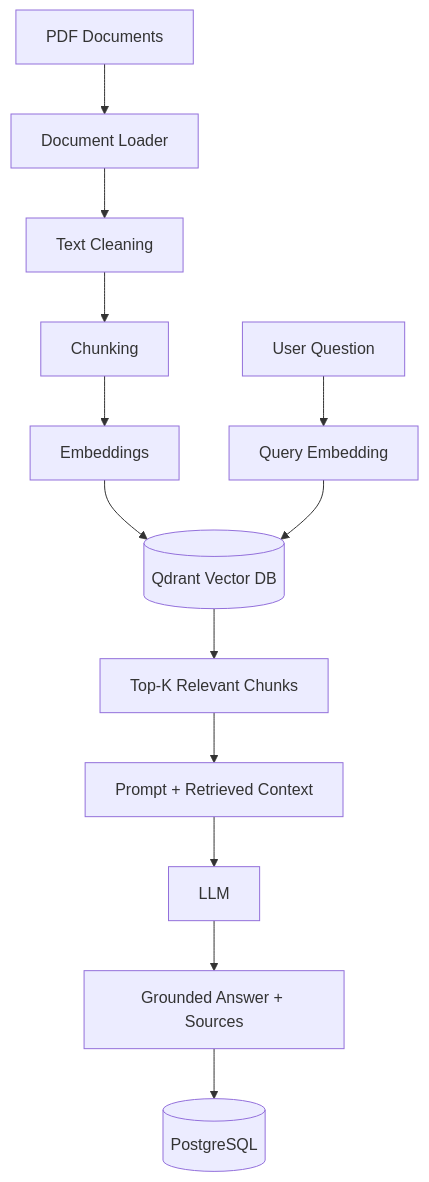
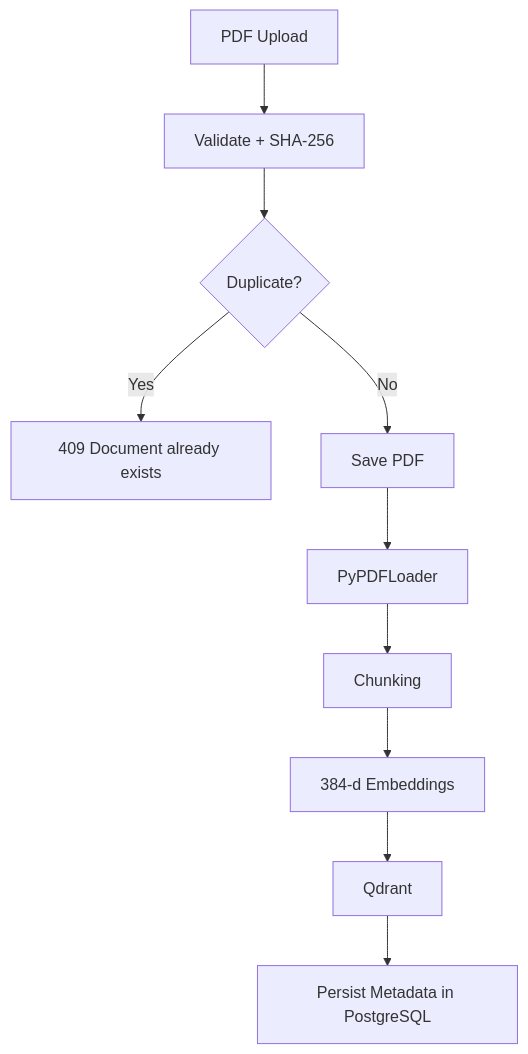
The second of 3 diagrams in README.md (JohanMV/enterprise-rag-assistant), drawn with Mermaid before and after one commit. The commit also changed other lines of this file and 11 other files, not shown here.

Commit message:
feat: implement backend database CRUD, document ingestion services, vector store integration, and frontend runtime context

````diff
--- a/README.md
+++ b/README.md
@@ -44,17 +87,12 @@
 ```mermaid
 flowchart TD
-    A[PDF Documents] --> B[Document Loader]
-    B --> C[Text Cleaning]
-    C --> D[Chunking]
-    D --> E[Embeddings]
-    E --> F[(Qdrant Vector DB)]
-
-    U[User Question] --> G[Query Embedding]
-    G --> F
-    F --> H[Top-K Relevant Chunks]
-    H --> I[Prompt + Retrieved Context]
-    I --> J[LLM]
-    J --> K[Grounded Answer + Sources]
-
-    K --> L[(PostgreSQL)]
+    A[PDF Upload] --> B[Validate + SHA-256]
+    B --> C{Duplicate?}
+    C -- Yes --> D[409 Document already exists]
+    C -- No --> E[Save PDF]
+    E --> F[PyPDFLoader]
+    F --> G[Chunking]
+    G --> H[384-d Embeddings]
+    H --> I[Qdrant]
+    I --> J[Persist Metadata in PostgreSQL]
 ```
````
